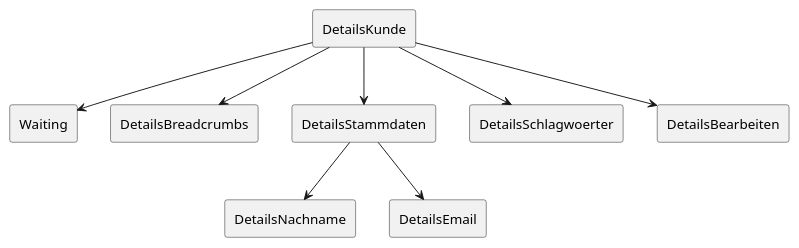
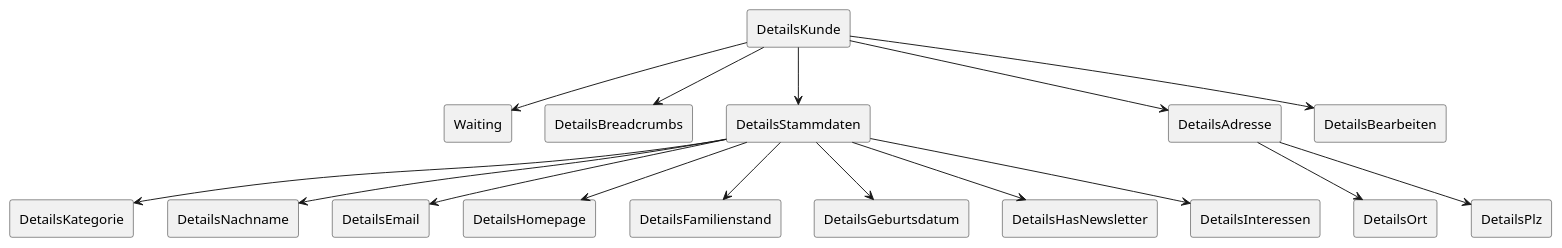
The diagram in extras/doc/komponentenbaum.DetailsKunde.plantuml (Vertiquo/SWE-Gruppe8-Abg2), drawn with PlantUML before and after one commit. The commit also changed 4 other files, not shown here.

```diff
--- a/extras/doc/komponentenbaum.DetailsKunde.plantuml
+++ b/extras/doc/komponentenbaum.DetailsKunde.plantuml
@@ -18,24 +18,42 @@
 @startuml DetailsKunde
 
 'top to bottom direction
 
 rectangle DetailsKunde
 rectangle Waiting
 rectangle DetailsBreadcrumbs
 rectangle DetailsStammdaten
-rectangle DetailsSchlagwoerter
+rectangle DetailsAdresse
 rectangle DetailsBearbeiten
 
 DetailsKunde --> Waiting
 DetailsKunde --> DetailsBreadcrumbs
 DetailsKunde --> DetailsStammdaten
-DetailsKunde --> DetailsSchlagwoerter
+DetailsKunde --> DetailsAdresse
 DetailsKunde --> DetailsBearbeiten
 
+rectangle DetailsKategorie
 rectangle DetailsNachname
 rectangle DetailsEmail
+rectangle DetailsHomepage
+rectangle DetailsFamilienstand
+rectangle DetailsGeburtsdatum
+rectangle DetailsHasNewsletter
+rectangle DetailsInteressen
 
+DetailsStammdaten --> DetailsKategorie
 DetailsStammdaten --> DetailsNachname
 DetailsStammdaten --> DetailsEmail
+DetailsStammdaten --> DetailsHomepage
+DetailsStammdaten --> DetailsFamilienstand
+DetailsStammdaten --> DetailsGeburtsdatum
+DetailsStammdaten --> DetailsHasNewsletter
+DetailsStammdaten --> DetailsInteressen
+
+rectangle DetailsOrt
+rectangle DetailsPlz
+
+DetailsAdresse --> DetailsOrt
+DetailsAdresse --> DetailsPlz
 
 @enduml
```
